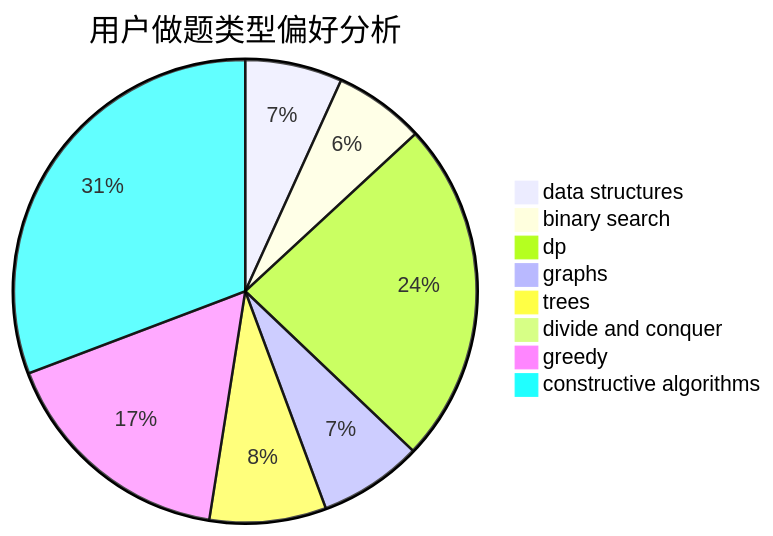
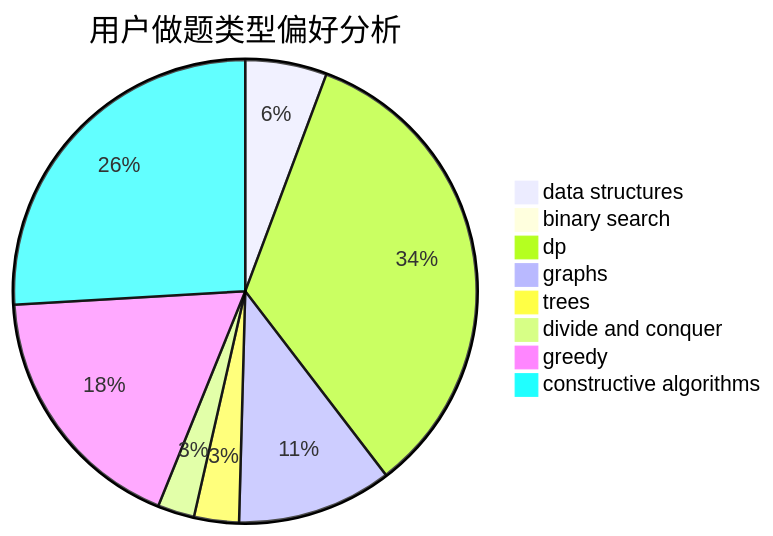
Before and after one commit to sherpahu/cfrs.github.io: the second of 3 diagrams in docs/user/u2399.md, drawn with Mermaid. The commit also changed other lines of this file and 2770 other files, not shown here.

````diff
--- a/docs/user/u2399.md
+++ b/docs/user/u2399.md
@@ -23,11 +23,11 @@
 ```mermaid
 pie title 用户做题类型偏好分析
-    "data structures" :  15
-    "binary search" :  14
-    "dp" :  53
-    "graphs" :  16
-    "trees" :  18
-    "divide and conquer" :  0
-    "greedy" :  37
-    "constructive algorithms" :  68
+    "data structures" :  20
+    "binary search" :  1
+    "dp" :  119
+    "graphs" :  38
+    "trees" :  11
+    "divide and conquer" :  9
+    "greedy" :  63
+    "constructive algorithms" :  91
 ```
````
